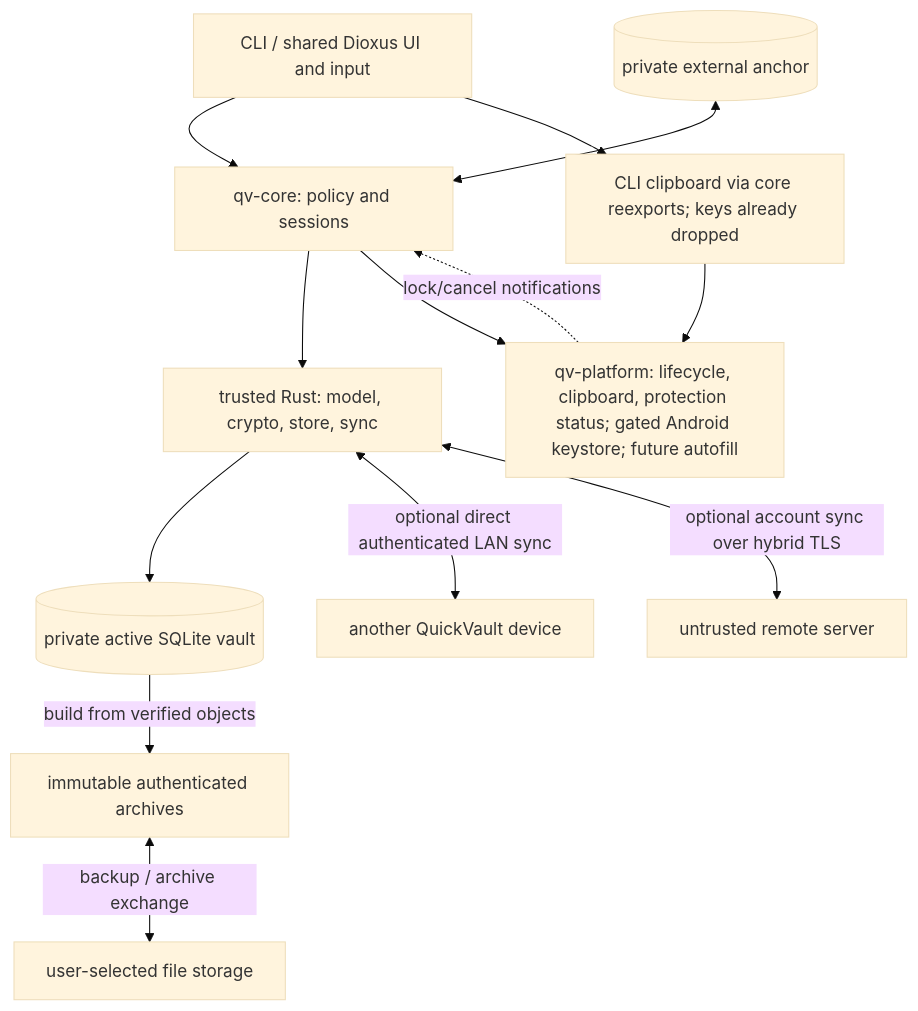
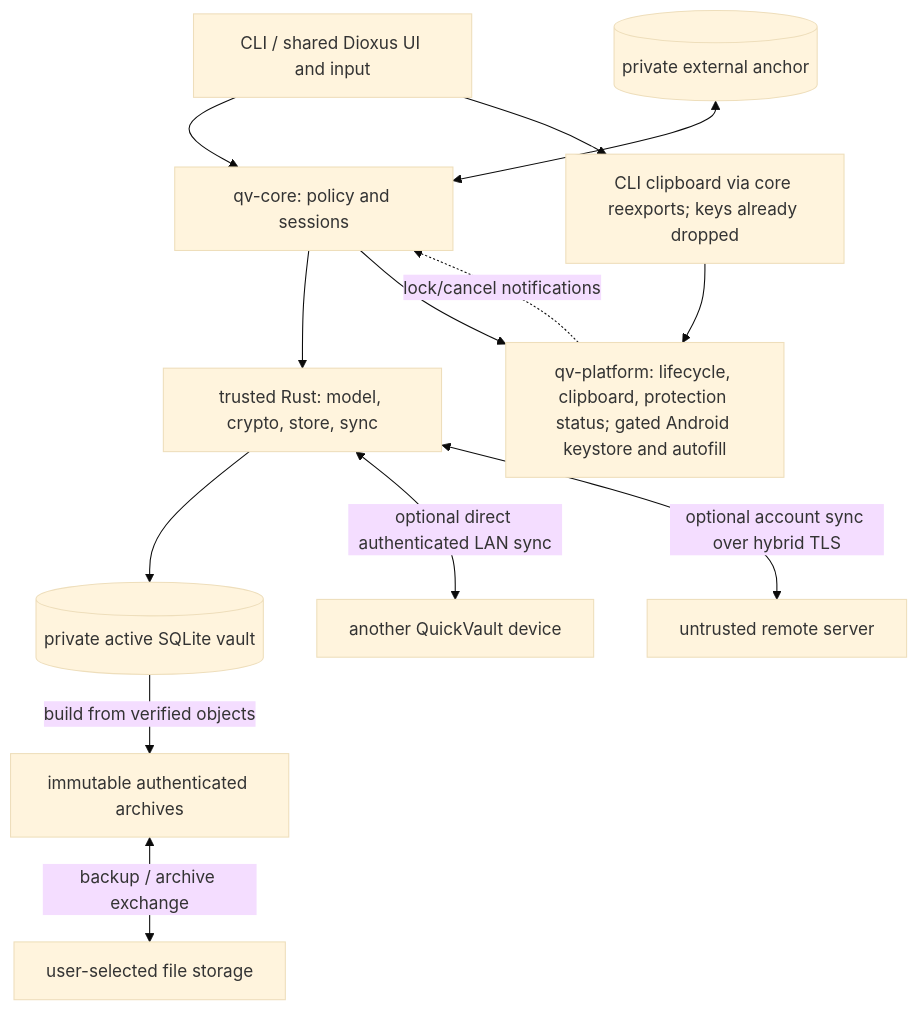
One commit to rdbo/quickvault changed the diagram in ARCHITECTURE.md. Above: the diagram before and after it, drawn with Mermaid (base theme). The commit also changed other lines of this file and 34 other files, not shown here.

````diff
--- a/ARCHITECTURE.md
+++ b/ARCHITECTURE.md
@@ -356,15 +369,15 @@
 ```mermaid
 flowchart TB
     ui["CLI / shared Dioxus UI and input"] --> core["qv-core: policy and sessions"]
     core --> rust["trusted Rust: model, crypto, store, sync"]
-    core --> platform["qv-platform: lifecycle, clipboard, protection status; gated Android keystore; future autofill"]
+    core --> platform["qv-platform: lifecycle, clipboard, protection status; gated Android keystore and autofill"]
     platform -. "lock/cancel notifications" .-> core
     ui --> clip["CLI clipboard via core reexports; keys already dropped"]
     clip --> platform
     rust --> db[("private active SQLite vault")]
     db -->|"build from verified objects"| snapshot["immutable authenticated archives"]
     snapshot <-->|"backup / archive exchange"| files["user-selected file storage"]
     rust <-->|"optional direct authenticated LAN sync"| peer["another QuickVault device"]
     rust <-->|"optional account sync over hybrid TLS"| server["untrusted remote server"]
     anchor[("private external anchor")] <--> core
 ```
````
